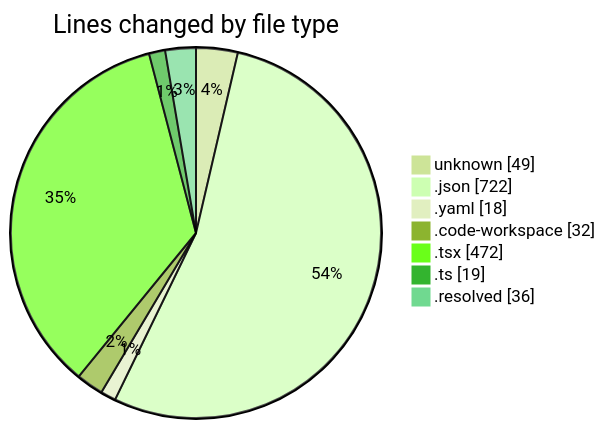
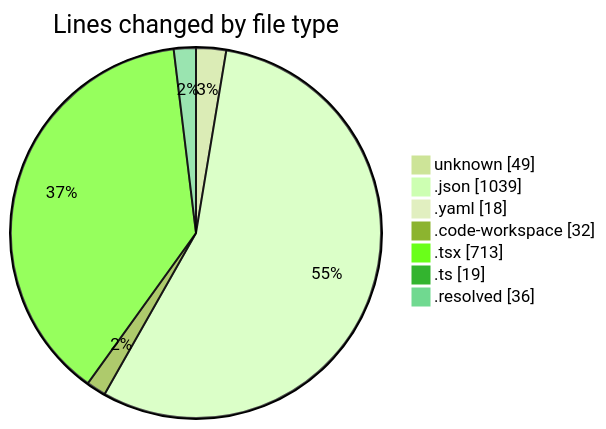
The first of 2 diagrams in 2026-03-04/shadcn-admin-kit-main__workspace_/README.md (jadenblack/code-tracking), drawn with Mermaid (forest theme) before and after one commit. The commit also changed other lines of this file and 1 other file, not shown here.

````diff
--- a/2026-03-04/shadcn-admin-kit-main__workspace_/README.md
+++ b/2026-03-04/shadcn-admin-kit-main__workspace_/README.md
@@ -42,11 +48,11 @@
 ```mermaid
 pie showData
 title Lines changed by file type
 "unknown" : 49
-".json" : 722
+".json" : 1039
 ".yaml" : 18
 ".code-workspace" : 32
-".tsx" : 472
+".tsx" : 713
 ".ts" : 19
 ".resolved" : 36
 ```
````
